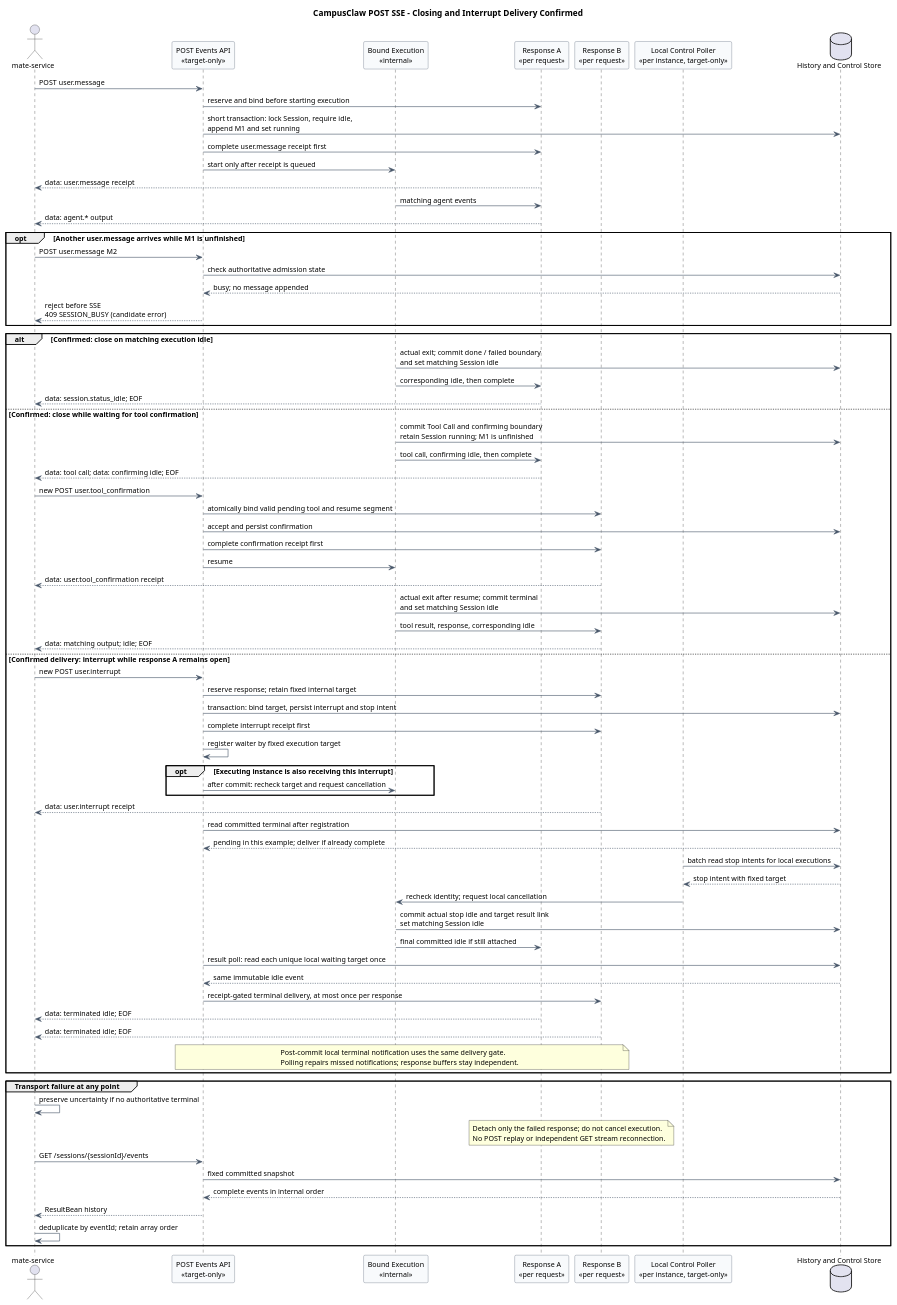
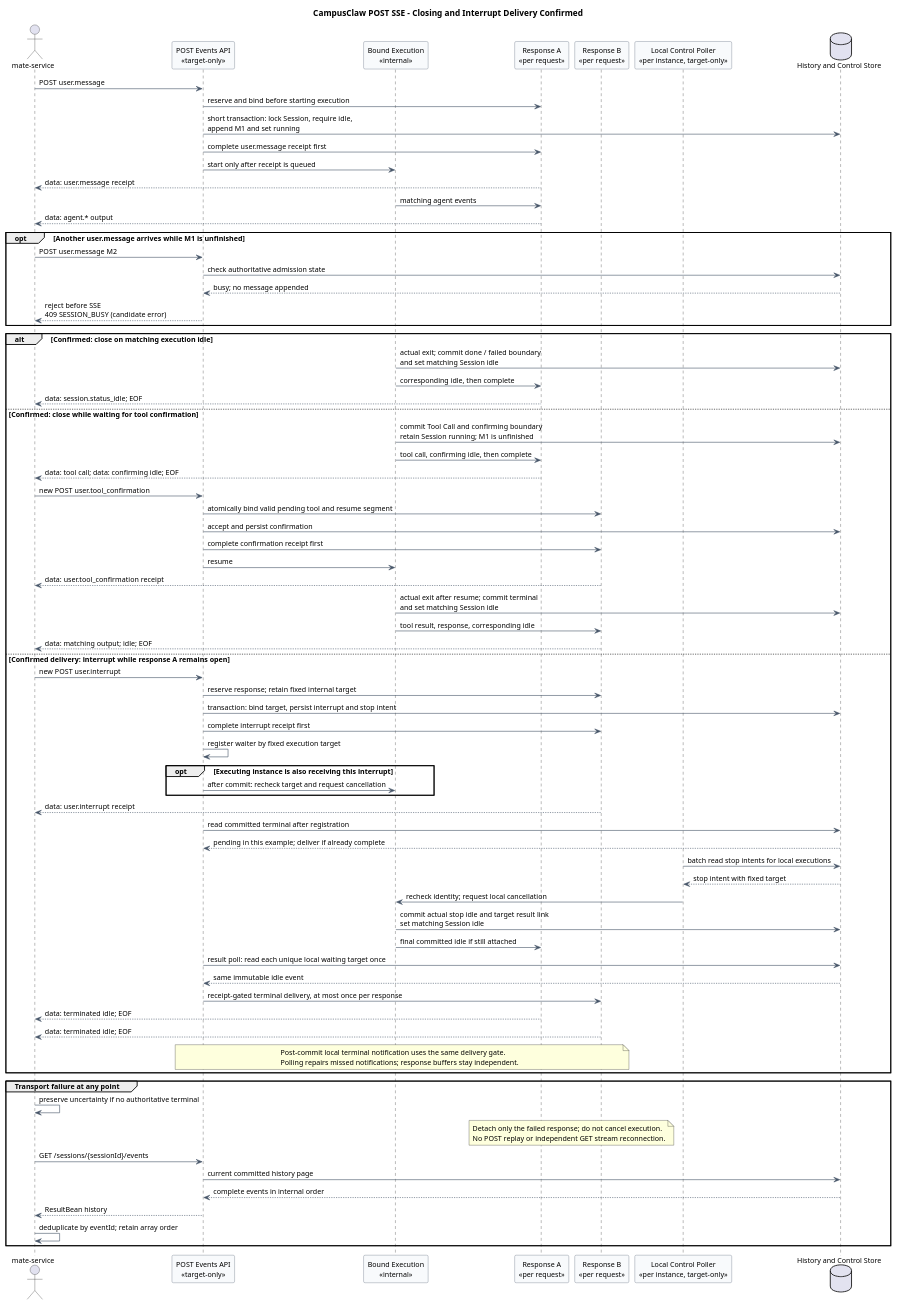
One commit to ssm0808/pi-mono-java-design changed the third of 5 diagrams in 01-总体架构/01-CampusClaw多Agent运行时/设计图/事件接口重设计/diagram.puml. Above: the diagram before and after it, drawn with PlantUML. The commit also changed other lines of this file and 14 other files, not shown here.

```diff
--- a/01-总体架构/01-CampusClaw多Agent运行时/设计图/事件接口重设计/diagram.puml
+++ b/01-总体架构/01-CampusClaw多Agent运行时/设计图/事件接口重设计/diagram.puml
@@ -208,105 +208,105 @@
 @startuml target_session_live_stream_lifecycle
 title CampusClaw POST SSE - Closing and Interrupt Delivery Confirmed
 ' Stable block name retained for existing SVG links; this is no longer a GET stream.
 ' Source evidence: pi-mono-java 918005ee8ccc88d179fc31a0de17a92b4a01383b.
 ' campusclaw/src/main/java/com/huawei/hicampus/claw/codingagent/runtimeapi/event/RuntimeTerminalEventFactory.java,
 ' emit, lines 34-57: current idle plus stream.end, or stream.error on failure.
 ' campusclaw/src/main/java/com/huawei/hicampus/claw/codingagent/runtimeapi/web/RuntimeSseEmitterSubscriber.java,
 ' onEvent/onComplete, lines 33-49: named SSE; explicit emitter completion.
 ' Confirmed: one POST for input/output, user receipt first, data-only and type+phase.
 ' Confirmed target-only: matching idle ends this response, including confirmation waits.
 ' Design reason: do not keep a completed request open for unrelated later messages.
 ' Confirmed: original output stays on A; B receives receipt and the same stop idle only.
 ' Confirmed target-only: durable DB stop requests and per-instance batch polling; no Redis.
 ' Exact schema, polling interval, races, idle reason literals and failures remain open.
 skinparam backgroundColor #FFFFFF
 skinparam shadowing false
 skinparam defaultFontName Arial
 skinparam defaultFontSize 12
 skinparam sequence {
   ParticipantBackgroundColor #F8FAFC
   ParticipantBorderColor #475569
   ArrowColor #475569
 }
 actor "mate-service" as Client
 participant "POST Events API\n<<target-only>>" as API
 participant "Bound Execution\n<<internal>>" as Execution
 participant "Response A\n<<per request>>" as A
 participant "Response B\n<<per request>>" as B
 participant "Local Control Poller\n<<per instance, target-only>>" as Poller
 database "History and Control Store" as Store
 
 Client -> API : POST user.message
 API -> A : reserve and bind before starting execution
 API -> Store : short transaction: lock Session, require idle,\nappend M1 and set running
 API -> A : complete user.message receipt first
 API -> Execution : start only after receipt is queued
 A --> Client : data: user.message receipt
 Execution -> A : matching agent events
 A --> Client : data: agent.* output
 
 opt Another user.message arrives while M1 is unfinished
   Client -> API : POST user.message M2
   API -> Store : check authoritative admission state
   Store --> API : busy; no message appended
   API --> Client : reject before SSE\n409 SESSION_BUSY (candidate error)
 end
 
 alt Confirmed: close on matching execution idle
   Execution -> Store : actual exit; commit done / failed boundary\nand set matching Session idle
   Execution -> A : corresponding idle, then complete
   A --> Client : data: session.status_idle; EOF
 else Confirmed: close while waiting for tool confirmation
   Execution -> Store : commit Tool Call and confirming boundary\nretain Session running; M1 is unfinished
   Execution -> A : tool call, confirming idle, then complete
   A --> Client : data: tool call; data: confirming idle; EOF
   Client -> API : new POST user.tool_confirmation
   API -> B : atomically bind valid pending tool and resume segment
   API -> Store : accept and persist confirmation
   API -> B : complete confirmation receipt first
   API -> Execution : resume
   B --> Client : data: user.tool_confirmation receipt
   Execution -> Store : actual exit after resume; commit terminal\nand set matching Session idle
   Execution -> B : tool result, response, corresponding idle
   B --> Client : data: matching output; idle; EOF
 else Confirmed delivery: interrupt while response A remains open
   Client -> API : new POST user.interrupt
   API -> B : reserve response; retain fixed internal target
   API -> Store : transaction: bind target, persist interrupt and stop intent
   API -> B : complete interrupt receipt first
   API -> API : register waiter by fixed execution target
   opt Executing instance is also receiving this interrupt
     API -> Execution : after commit: recheck target and request cancellation
   end
   B --> Client : data: user.interrupt receipt
   API -> Store : read committed terminal after registration
   Store --> API : pending in this example; deliver if already complete
   Poller -> Store : batch read stop intents for local executions
   Store --> Poller : stop intent with fixed target
   Poller -> Execution : recheck identity; request local cancellation
   Execution -> Store : commit actual stop idle and target result link\nset matching Session idle
   Execution -> A : final committed idle if still attached
   API -> Store : result poll: read each unique local waiting target once
   Store --> API : same immutable idle event
   API -> B : receipt-gated terminal delivery, at most once per response
   A --> Client : data: terminated idle; EOF
   B --> Client : data: terminated idle; EOF
   note over API,B
   Post-commit local terminal notification uses the same delivery gate.
   Polling repairs missed notifications; response buffers stay independent.
   end note
 end
 
 group Transport failure at any point
   Client -> Client : preserve uncertainty if no authoritative terminal
   note over A,B
   Detach only the failed response; do not cancel execution.
   No POST replay or independent GET stream reconnection.
   end note
   Client -> API : GET /sessions/{sessionId}/events
-  API -> Store : fixed committed snapshot
+API -> Store : current committed history page
   Store --> API : complete events in internal order
   API --> Client : ResultBean history
   Client -> Client : deduplicate by eventId; retain array order
 end
 @enduml
```
